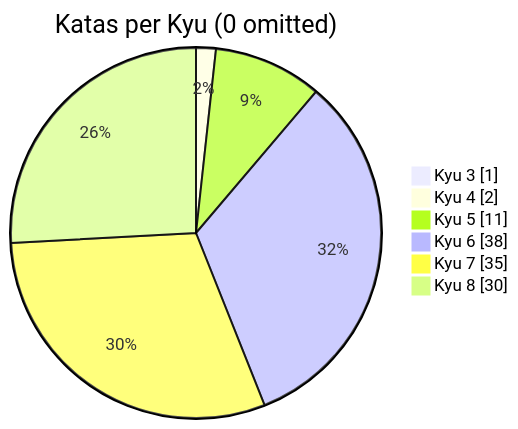
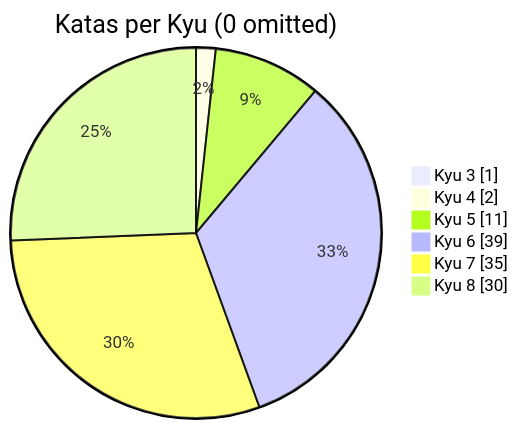
Before and after one commit to MauricioLudwig/codewars-typescript: the diagram in README.md, drawn with Mermaid. The commit also changed other lines of this file, not shown here.

````diff
--- a/README.md
+++ b/README.md
@@ -21,10 +21,10 @@
 ```mermaid
 pie showData
     title Katas per Kyu (0 omitted)
 	"Kyu 3": 1
 	"Kyu 4": 2
 	"Kyu 5": 11
-	"Kyu 6": 38
+	"Kyu 6": 39
 	"Kyu 7": 35
 	"Kyu 8": 30
 ```
````
